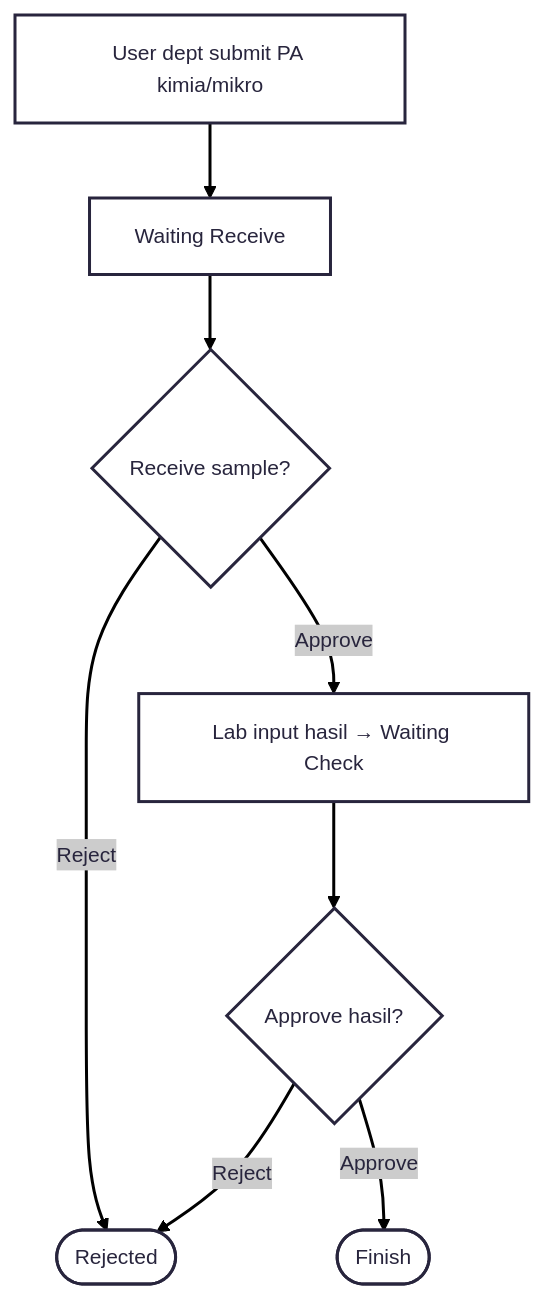
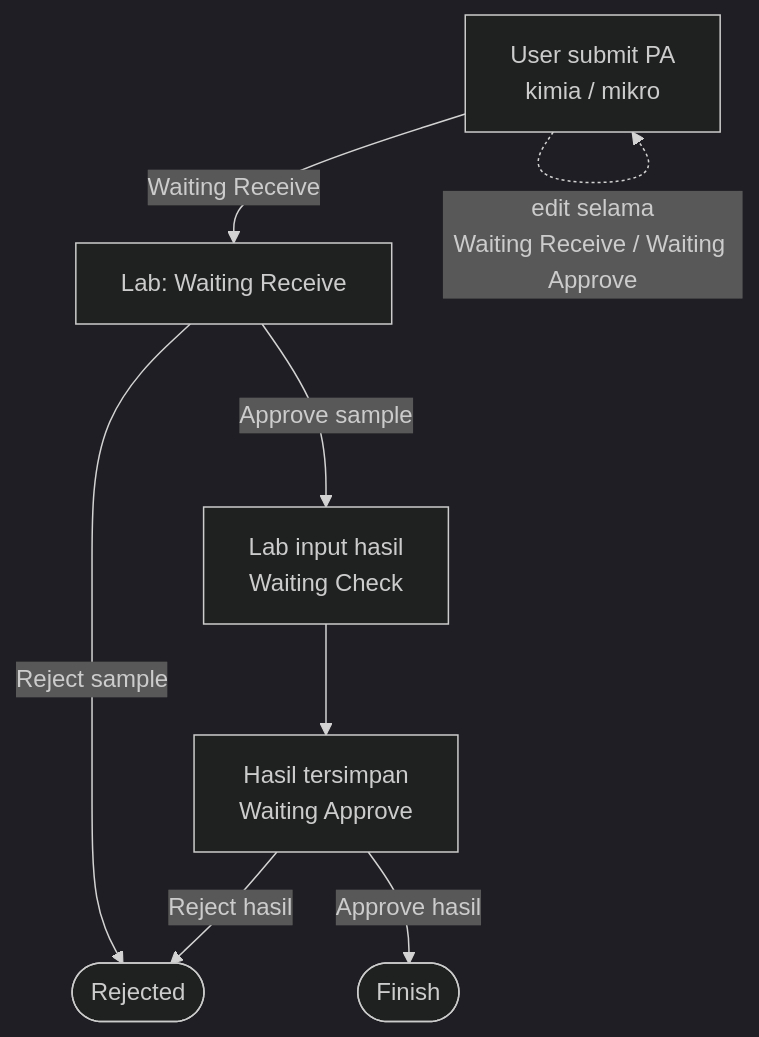
One commit to asrofilnadib/asrofilnadib.github.io changed the first of 3 diagrams in projects/briefs/smart-lab/diagram/flowchart.md. Above: the diagram before and after it, drawn with Mermaid. The commit also changed other lines of this file and 4 other files, not shown here.

First line of the commit message:
feat(portfolio): update flowchart content and improve SVG handling

````diff
--- a/projects/briefs/smart-lab/diagram/flowchart.md
+++ b/projects/briefs/smart-lab/diagram/flowchart.md
@@ -32,14 +45,14 @@
 ```mermaid
 ---
 config:
-  theme: redux
+  theme: dark
 ---
 flowchart TB
-  U[User dept submit PA kimia/mikro] --> WR[Waiting Receive]
-  WR --> R{Receive sample?}
-  R -->|Reject| RJ([Rejected])
-  R -->|Approve| WC[Lab input hasil → Waiting Check]
-  WC --> A{Approve hasil?}
-  A -->|Reject| RJ
-  A -->|Approve| FIN([Finish])
+  U["User submit PA<br/>kimia / mikro"] -->|Waiting Receive| WR["Lab: Waiting Receive"]
+  WR -->|Reject sample| RJ(["Rejected"])
+  WR -->|Approve sample| WC["Lab input hasil<br/>Waiting Check"]
+  WC --> WA["Hasil tersimpan<br/>Waiting Approve"]
+  WA -->|Reject hasil| RJ
+  WA -->|Approve hasil| FIN(["Finish"])
+  U -. edit selama<br/>Waiting Receive / Waiting Approve .-> U
 ```
````
